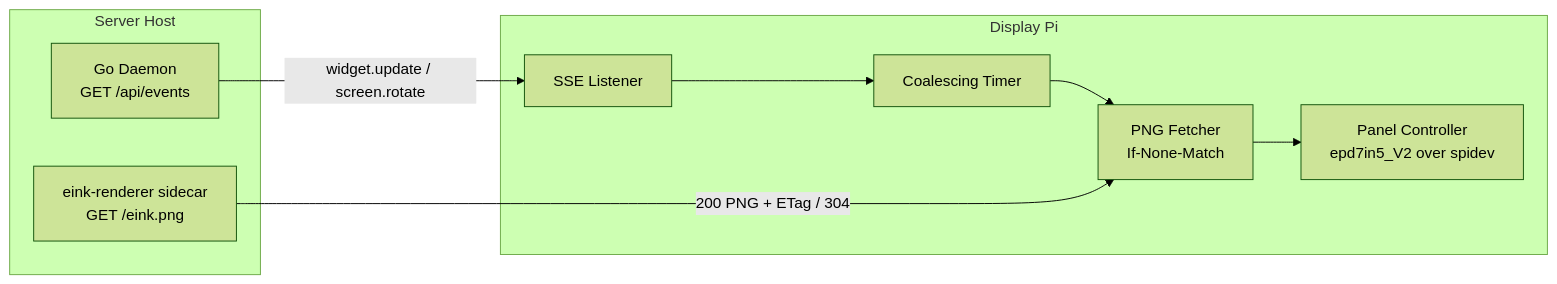
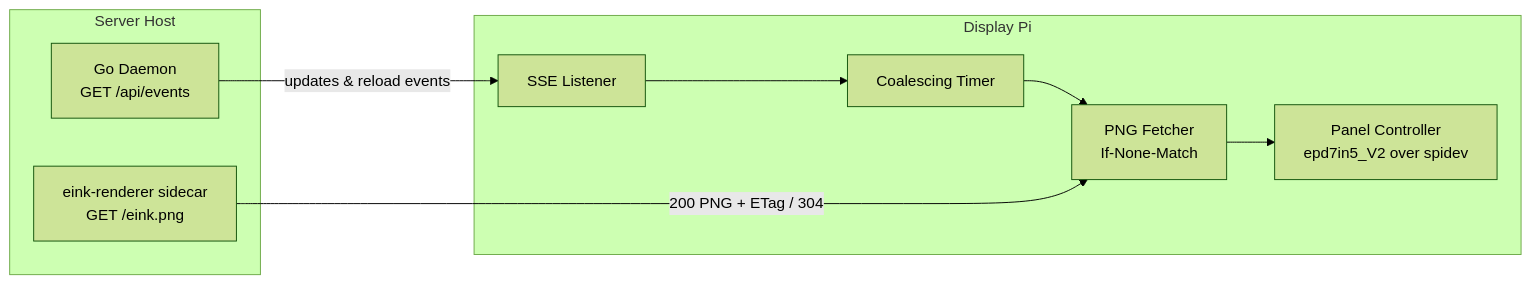
Before and after one commit to azylman/mirrormere: the diagram in specs/009-eink-display-node.md, drawn with Mermaid (forest theme). The commit also changed other lines of this file, not shown here.

First line of the commit message:
docs(spec-009): add widget.reload and style.reload to e-ink dirty triggers (fixes #133) (#135)

````diff
--- a/specs/009-eink-display-node.md
+++ b/specs/009-eink-display-node.md
@@ -52,20 +52,20 @@
 ```mermaid
 flowchart LR
     subgraph Server [Server Host]
         Daemon[Go Daemon\nGET /api/events]
         Sidecar[eink-renderer sidecar\nGET /eink.png]
     end
 
     subgraph Node [Display Pi]
         SSE[SSE Listener]
         Coalesce[Coalescing Timer]
         Fetch[PNG Fetcher\nIf-None-Match]
         Panel[Panel Controller\nepd7in5_V2 over spidev]
     end
 
-    Daemon -->|widget.update / screen.rotate| SSE
+    Daemon -->|updates & reload events| SSE
     SSE --> Coalesce
     Coalesce --> Fetch
     Sidecar -->|200 PNG + ETag / 304| Fetch
     Fetch --> Panel
 ```
````
